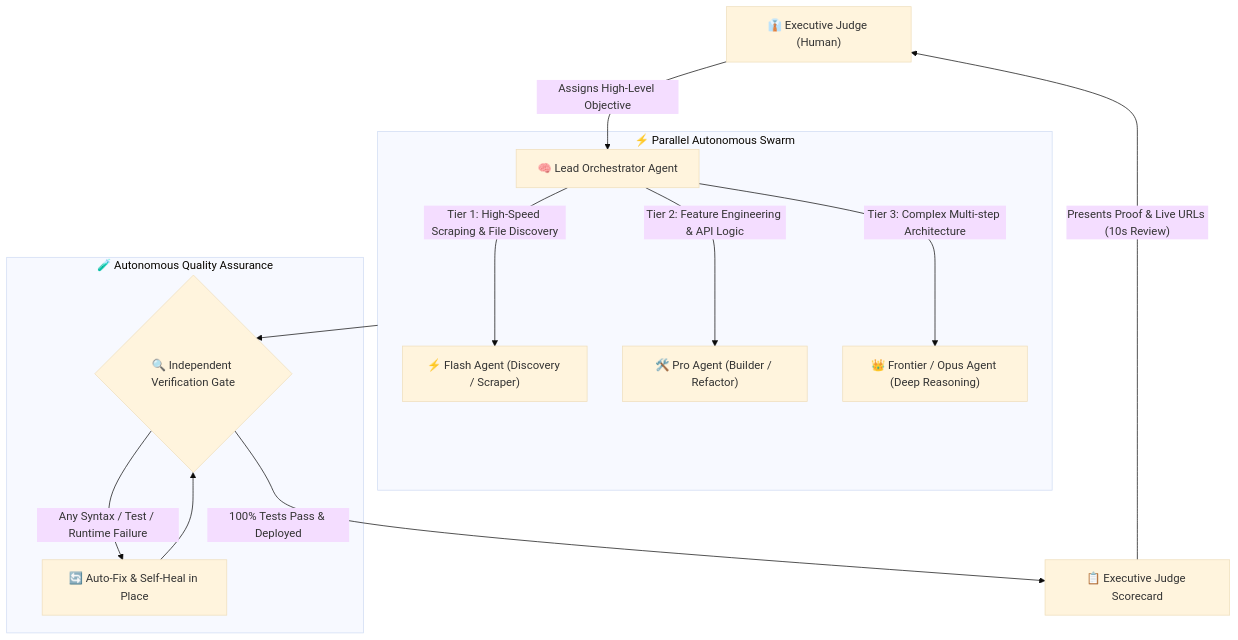
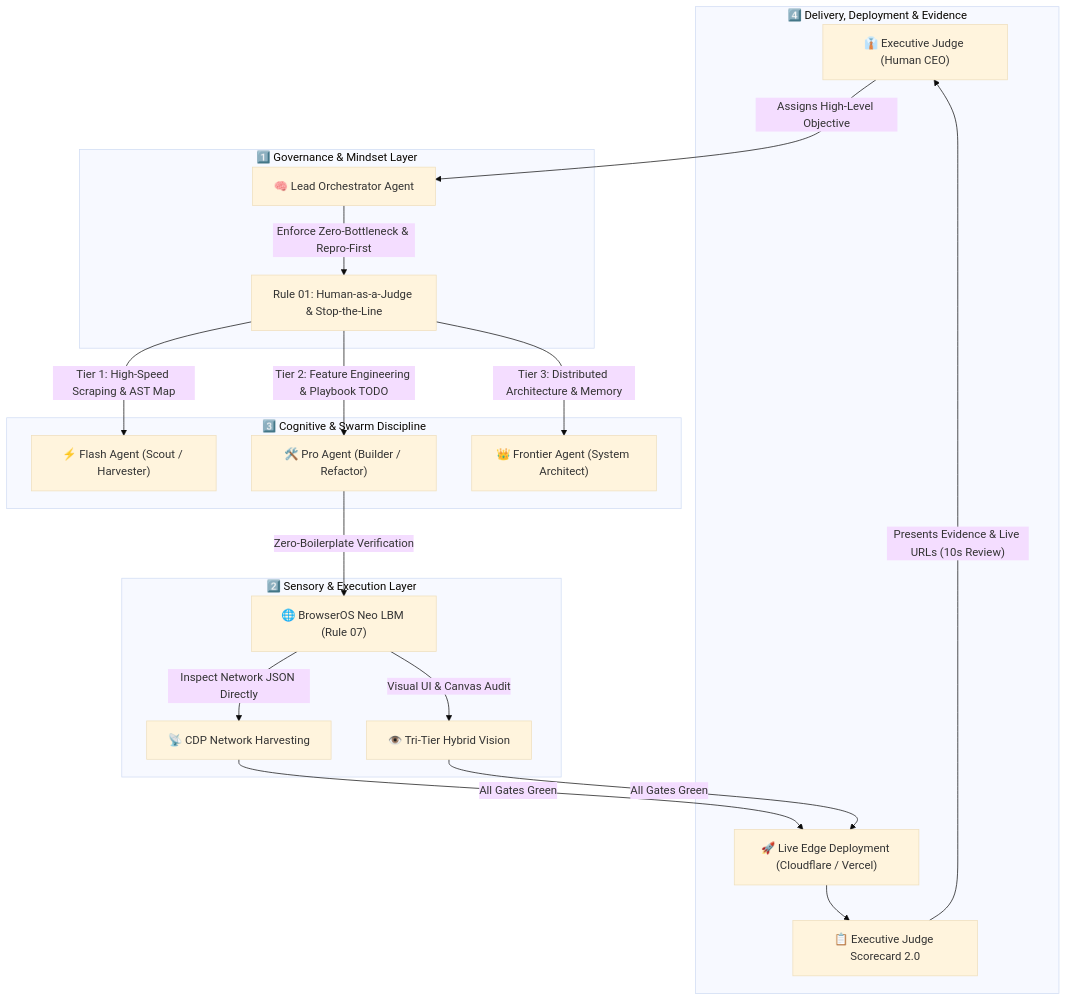
The diagram in README.md (aranyuth/agentic-ceo-protocol), drawn with Mermaid (base theme) before and after one commit. The commit also changed other lines of this file and 8 other files, not shown here.

Commit message:
feat: upgrade to v2.0.0 with Repro-First guardrails, BrowserOS Neo LBM sensory harness, and rules 01-08

````diff
--- a/README.md
+++ b/README.md
@@ -36,20 +39,26 @@
 ```mermaid
 flowchart TD
-    User["👔 Executive Judge (Human)"] -->|"Assigns High-Level Objective"| Lead["🧠 Lead Orchestrator Agent"]
-    
-    subgraph SwarmExecution ["⚡ Parallel Autonomous Swarm"]
-        Lead -->|"Tier 1: High-Speed Scraping & File Discovery"| Flash["⚡ Flash Agent (Discovery / Scraper)"]
-        Lead -->|"Tier 2: Feature Engineering & API Logic"| Pro["🛠️ Pro Agent (Builder / Refactor)"]
-        Lead -->|"Tier 3: Complex Multi-step Architecture"| Opus["👑 Frontier / Opus Agent (Deep Reasoning)"]
+    User["👔 Executive Judge (Human CEO)"] -->|"Assigns High-Level Objective"| Lead["🧠 Lead Orchestrator Agent"]
+
+    subgraph D1 ["1️⃣ Governance & Mindset Layer"]
+        Lead -->|"Enforce Zero-Bottleneck & Repro-First"| Gov["Rule 01: Human-as-a-Judge & Stop-the-Line"]
     end
 
-    SwarmExecution --> VerifyGate{"🔍 Independent Verification Gate"}
-    
-    subgraph SelfHealingLoop ["🧪 Autonomous Quality Assurance"]
-        VerifyGate -->|"Any Syntax / Test / Runtime Failure"| AutoFix["🔄 Auto-Fix & Self-Heal in Place"]
-        AutoFix --> VerifyGate
+    subgraph D3 ["3️⃣ Cognitive & Swarm Discipline"]
+        Gov -->|"Tier 1: High-Speed Scraping & AST Map"| Flash["⚡ Flash Agent (Scout / Harvester)"]
+        Gov -->|"Tier 2: Feature Engineering & Playbook TODO"| Pro["🛠️ Pro Agent (Builder / Refactor)"]
+        Gov -->|"Tier 3: Distributed Architecture & Memory"| Frontier["👑 Frontier Agent (System Architect)"]
     end
 
-    VerifyGate -->|"100% Tests Pass & Deployed"| Scorecard["📋 Executive Judge Scorecard"]
-    Scorecard -->|"Presents Proof & Live URLs (10s Review)"| User
+    subgraph D2 ["2️⃣ Sensory & Execution Layer"]
+        Pro -->|"Zero-Boilerplate Verification"| LBM["🌐 BrowserOS Neo LBM (Rule 07)"]
+        LBM -->|"Inspect Network JSON Directly"| CDP["📡 CDP Network Harvesting"]
+        LBM -->|"Visual UI & Canvas Audit"| Vision["👁️ Tri-Tier Hybrid Vision"]
+    end
+
+    subgraph D4 ["4️⃣ Delivery, Deployment & Evidence"]
+        CDP & Vision -->|"All Gates Green"| Deploy["🚀 Live Edge Deployment (Cloudflare / Vercel)"]
+        Deploy --> Scorecard["📋 Executive Judge Scorecard 2.0"]
+        Scorecard -->|"Presents Evidence & Live URLs (10s Review)"| User
+    end
 ```
````
